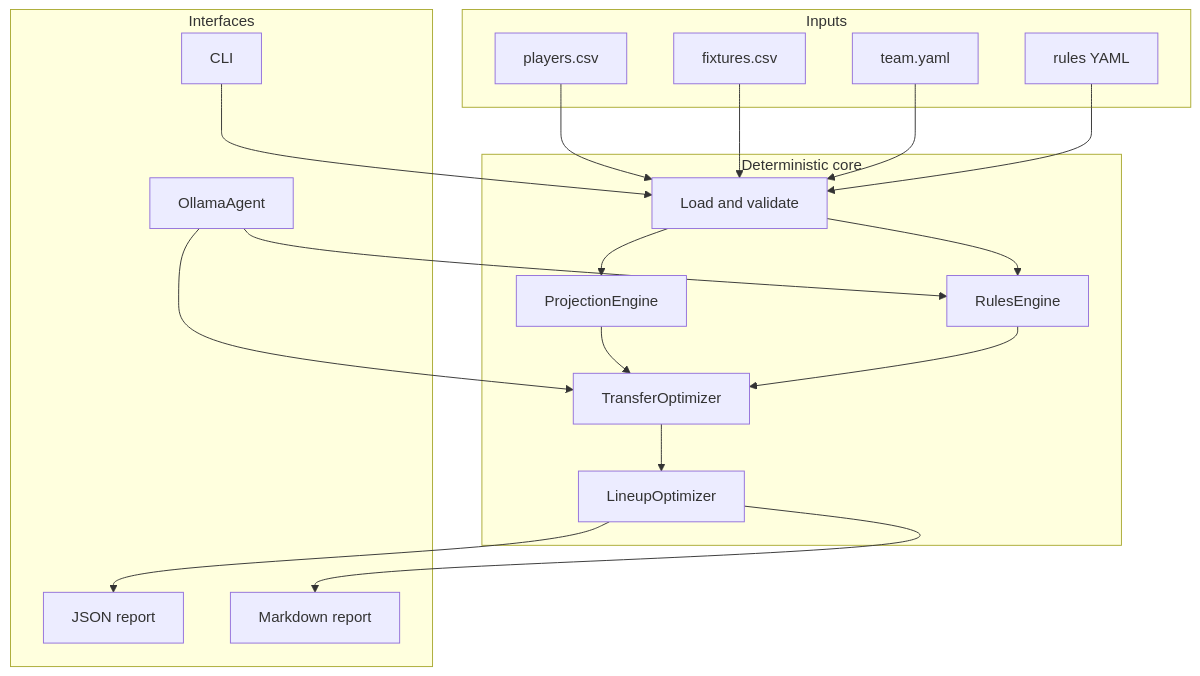
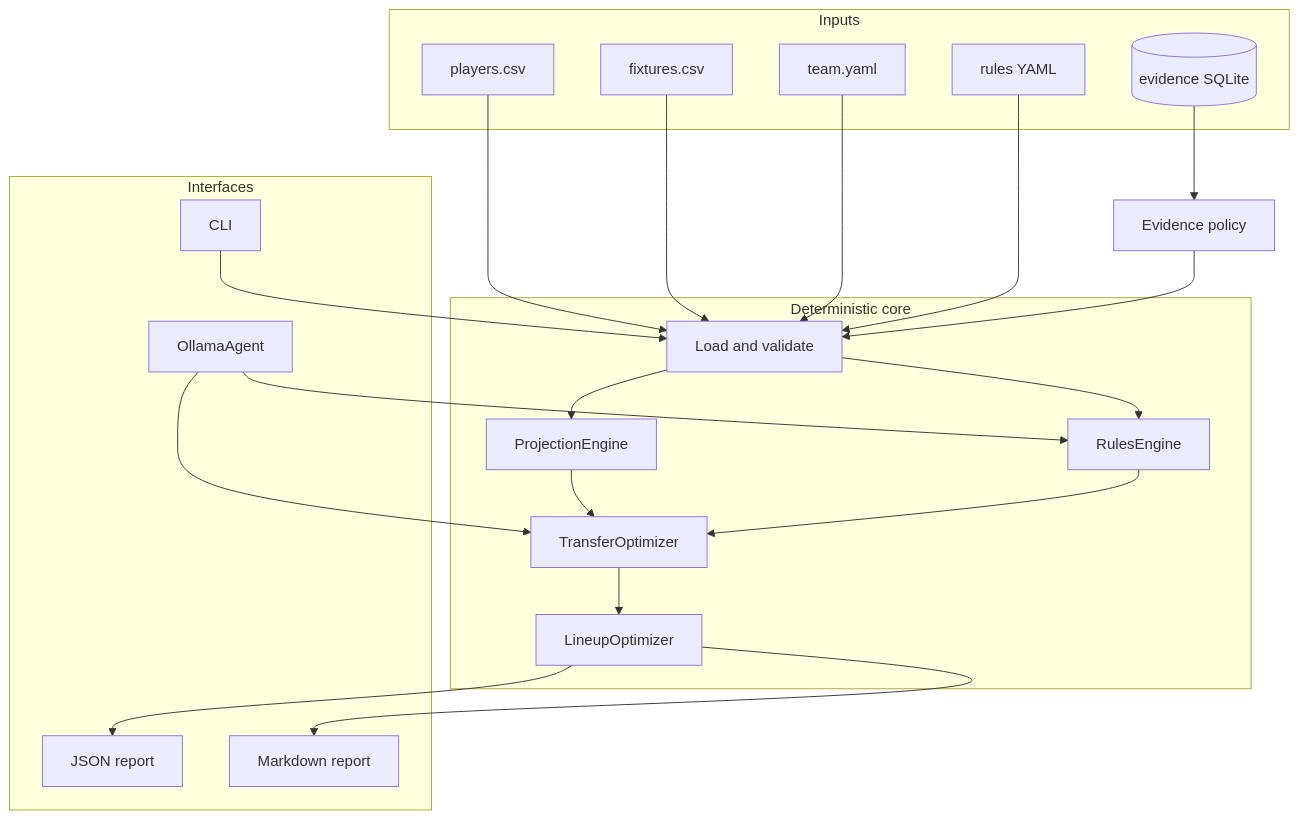
One commit to Dipeshtripathi13/FPL_Agent changed the first of 2 diagrams in docs/02-architecture.md. Above: the diagram before and after it, drawn with Mermaid. The commit also changed other lines of this file and 26 other files, not shown here.

````diff
--- a/docs/02-architecture.md
+++ b/docs/02-architecture.md
@@ -5,36 +5,39 @@
 ```mermaid
 flowchart TB
     subgraph Inputs
       P[players.csv]
       F[fixtures.csv]
       T[team.yaml]
       Y[rules YAML]
+      E[(evidence SQLite)]
     end
     subgraph Deterministic core
       L[Load and validate]
       R[RulesEngine]
       X[ProjectionEngine]
       O[TransferOptimizer]
       U[LineupOptimizer]
     end
     subgraph Interfaces
       C[CLI]
       J[JSON report]
       MD[Markdown report]
       A[OllamaAgent]
     end
     P --> L
     F --> L
     T --> L
     Y --> L
+    E --> V[Evidence policy]
+    V --> L
     L --> R
     L --> X
     X --> O
     R --> O
     O --> U
     U --> J
     U --> MD
     C --> L
     A --> R
     A --> O
 ```
````
